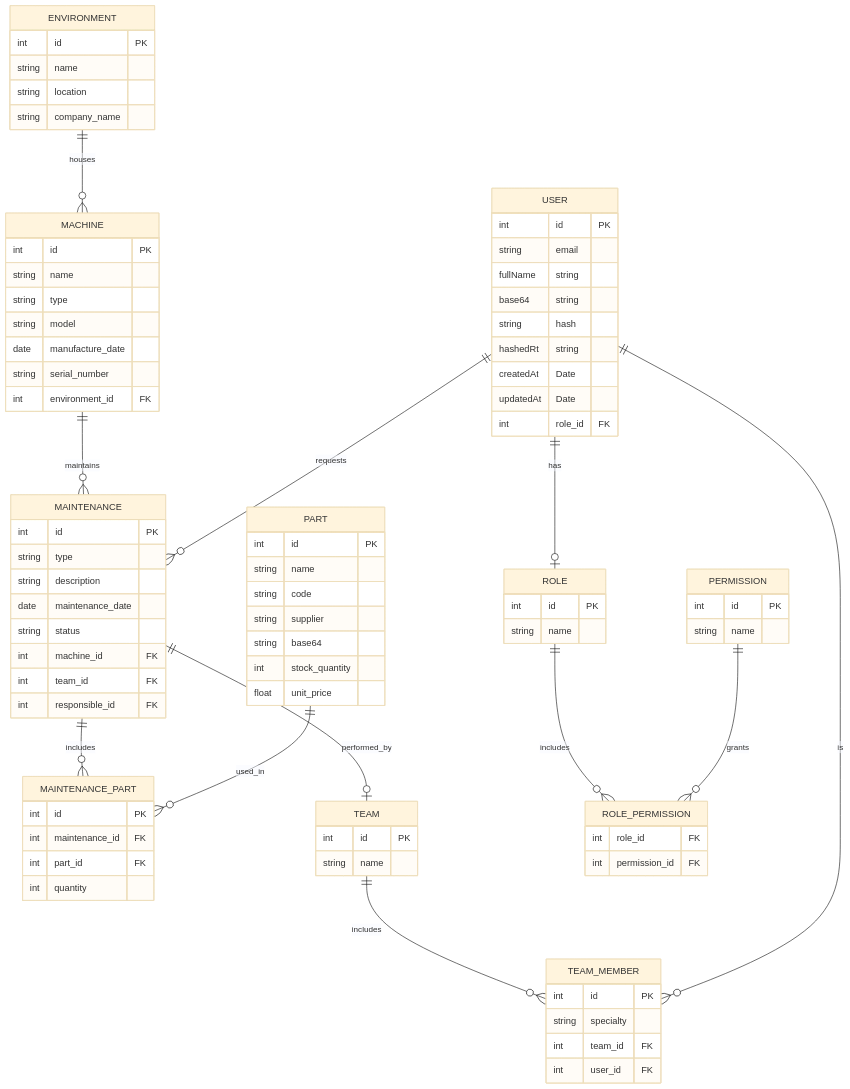
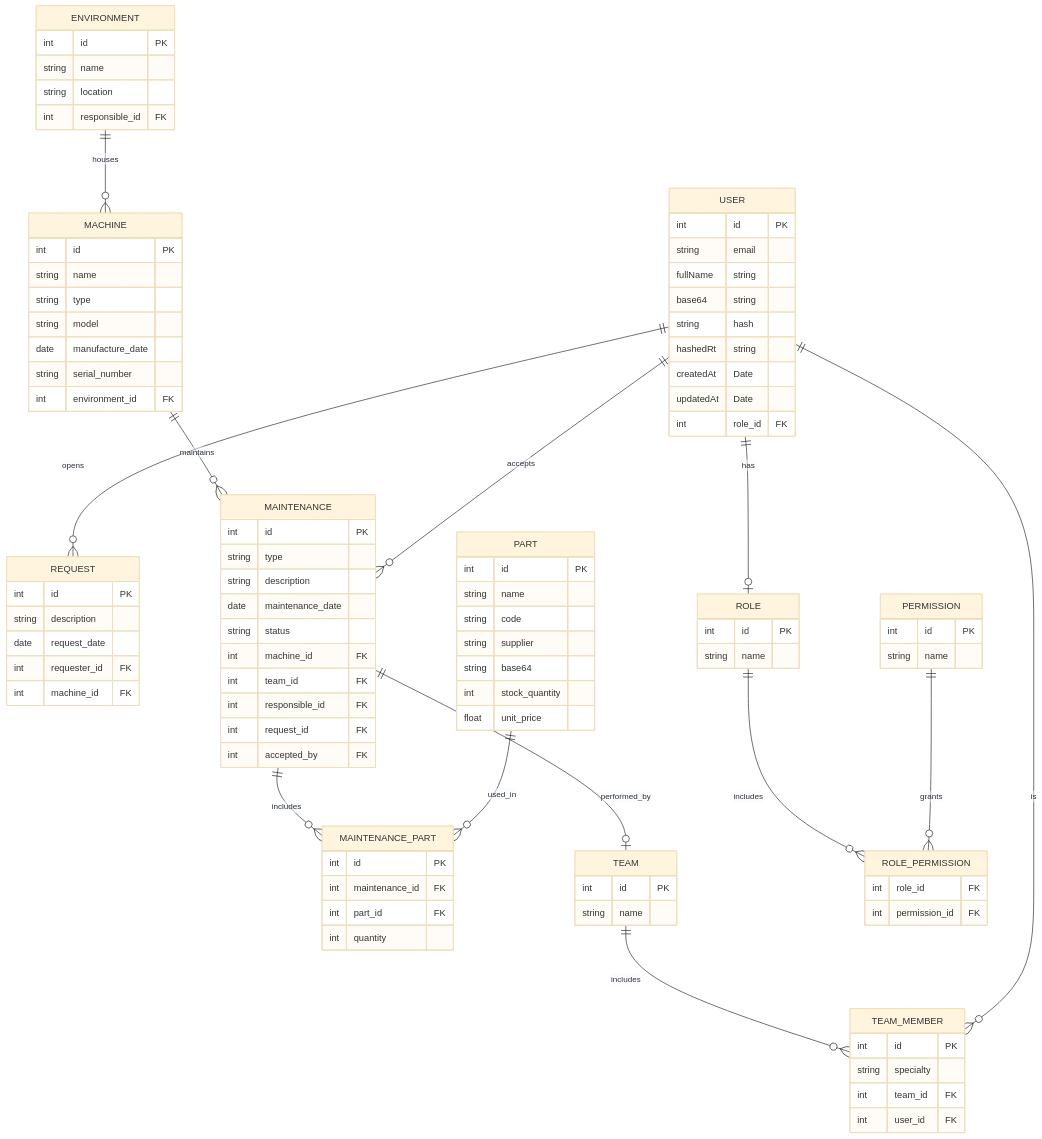
The diagram in doc/er.md (gabrielcavalcant/maintaner-ads), drawn with Mermaid (base theme) before and after one commit. The commit also changed 56 other files, not shown here.

````diff
--- a/doc/er.md
+++ b/doc/er.md
@@ -4,7 +4,7 @@
         int id PK
         string name
         string location
-        string company_name
+        int responsible_id FK
     }
     MACHINE {
         int id PK
@@ -15,6 +15,13 @@
         string serial_number
         int environment_id FK
     }
+    REQUEST {
+        int id PK
+        string description
+        date request_date
+        int requester_id FK
+        int machine_id FK
+    }
     MAINTENANCE {
         int id PK
         string type
@@ -24,6 +31,8 @@
         int machine_id FK
         int team_id FK
         int responsible_id FK
+        int request_id FK
+        int accepted_by FK
     }
     MAINTENANCE_PART {
         int id PK
@@ -80,11 +89,11 @@
     PART ||--o{ MAINTENANCE_PART : used_in
     MAINTENANCE ||--o| TEAM : performed_by
     TEAM ||--o{ TEAM_MEMBER : includes
-    USER ||--o{ MAINTENANCE : requests
+    USER ||--o{ REQUEST : opens
+    USER ||--o{ MAINTENANCE : accepts
     USER ||--o{ TEAM_MEMBER : is
     USER ||--o| ROLE : has
     ROLE ||--o{ ROLE_PERMISSION : includes
     PERMISSION ||--o{ ROLE_PERMISSION : grants
 
-
 ```
````
